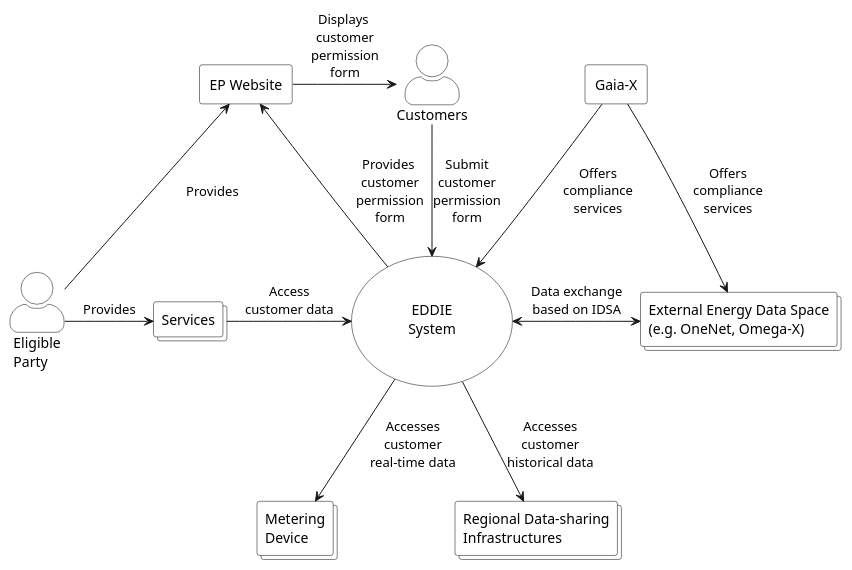
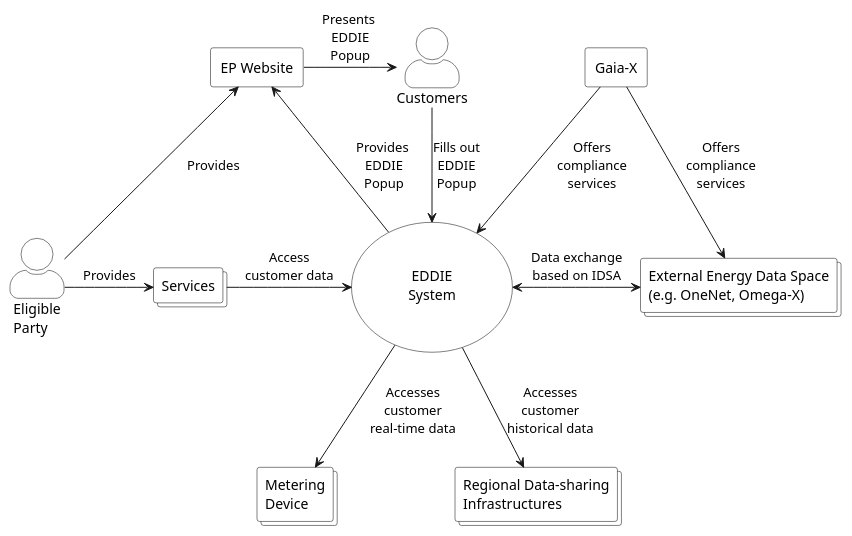
The diagram in arc42/system-scope-and-context/figures/context-diagram-dataspace.puml (eddie-energy/architecture), drawn with PlantUML before and after one commit. The commit also changed 3 other files, not shown here.

Commit message:
Work towards #94: Renamed customer permission form to EDDIE Popup

```diff
--- a/arc42/system-scope-and-context/figures/context-diagram-dataspace.puml
+++ b/arc42/system-scope-and-context/figures/context-diagram-dataspace.puml
@@ -1,52 +1,52 @@
 @startuml context-diagram-dataspace
 'context diagram
 
 skinparam usecase {
   BorderColor black
   BackgroundColor transparent
 }
 skinparam rectangle {
   BorderColor black
   BackgroundColor transparent
 }
 skinparam collections {
   BorderColor black
   BackgroundColor white
 }
 skinparam actorStyle awesome
 skinparam actor {
   BorderColor black
   BackgroundColor white
 }
 
 rectangle "Gaia-X" as gaiaX
 collections "External Energy Data Space\n(e.g. OneNet, Omega-X)" as dataSpaces
 usecase "\n\nEDDIE\nSystem\n\n" as eddie
 collections "Metering\nDevice" as smartMeter
 collections "Regional Data-sharing\nInfrastructures" as regionalData
 rectangle "EP Website" as website
 collections "Services" as service
 
 actor "Eligible\nParty" as ep
 actor "Customers" as customer
 
 gaiaX -down-> eddie : Offers\ncompliance\nservices
 gaiaX -down-> dataSpaces : Offers\ncompliance\nservices
 
 eddie <-right-> dataSpaces : Data exchange\nbased on IDSA
 
 service -right-> eddie : Access\ncustomer data
 eddie -down-> regionalData : Accesses\ncustomer\nhistorical data
 eddie -down-> smartMeter : Accesses\ncustomer\nreal-time data
-eddie -left-> website : Provides \ncustomer\npermission\nform
+eddie -left-> website : Provides \nEDDIE\nPopup
 smartMeter -[hidden] regionalData : \t\t\t
 
 
 ep -right-> service : Provides
 ep -up-> website : Provides
 
-website -right-> customer : Displays \ncustomer\npermission\nform
-customer -down-> eddie : Submit\ncustomer\npermission\nform
+website -right-> customer : Presents \nEDDIE\nPopup
+customer -down-> eddie : Fills out\nEDDIE\nPopup
 customer -[hidden]right- gaiaX : \t\t\t
 
 @enduml
```
